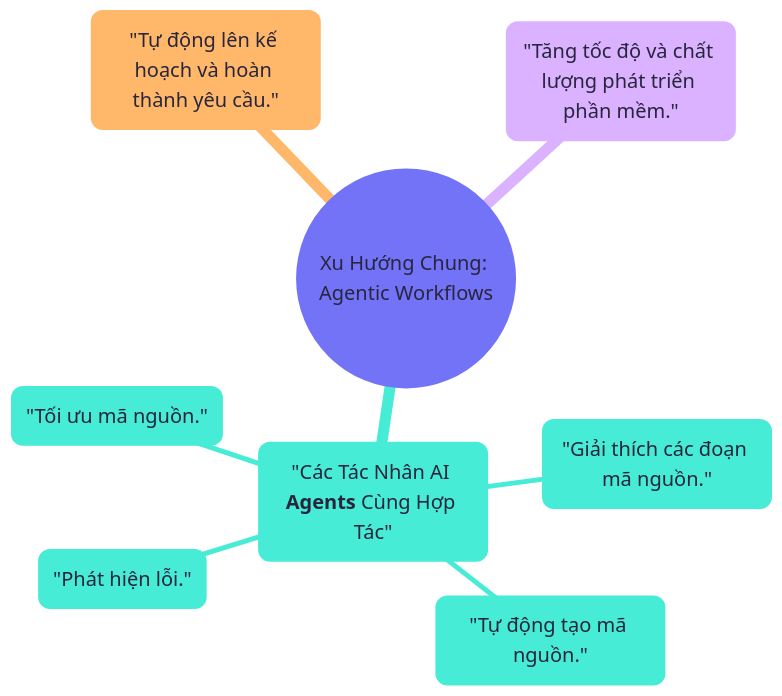
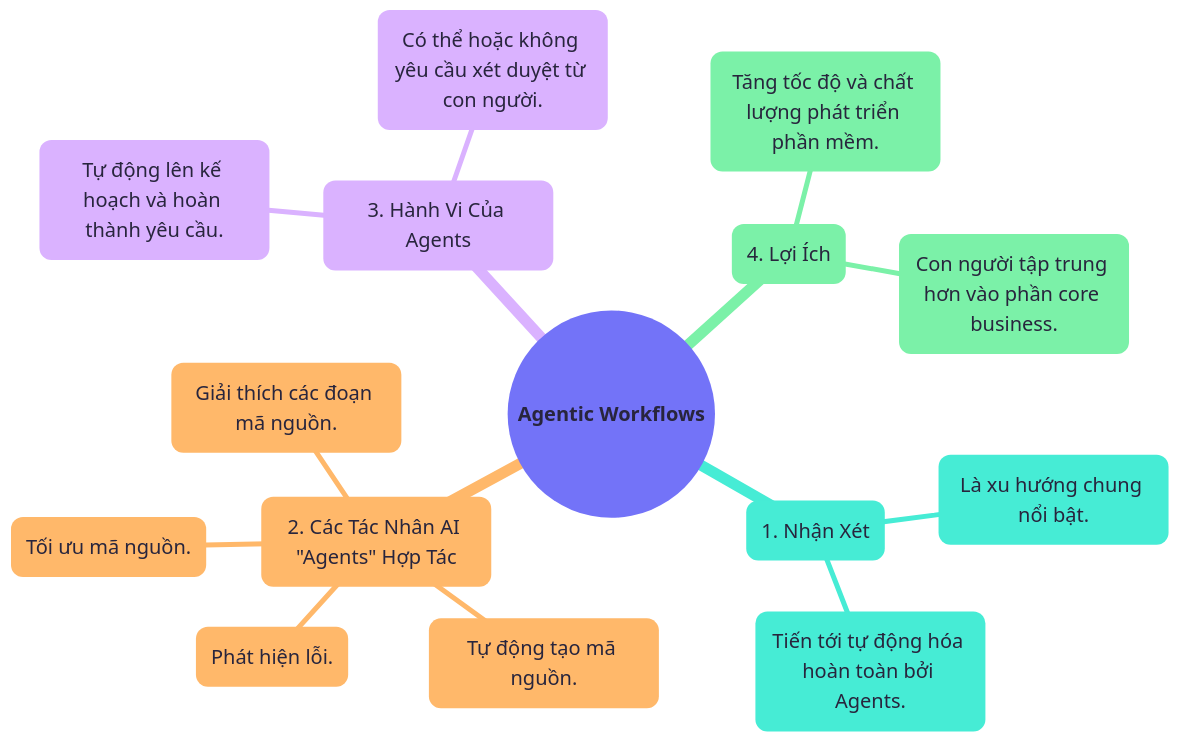
The diagram in content/diagrams/chapter03-xu-huong-chung-agentic-workflows.mmd (sam-uit/typst-report-template), drawn with Mermaid before and after one commit.

```diff
--- a/content/diagrams/chapter03-xu-huong-chung-agentic-workflows.mmd
+++ b/content/diagrams/chapter03-xu-huong-chung-agentic-workflows.mmd
@@ -1,16 +1,23 @@
 ---
 config:
   theme: redux-color
   themeVariables:
     fontFamily: Google Sans
     fontSize: 20px
 ---
 mindmap
-  root(("Xu Hướng Chung: Agentic Workflows"))
-    "Các Tác Nhân AI **Agents** Cùng Hợp Tác"
-        "Giải thích các đoạn mã nguồn."
-        "Tự động tạo mã nguồn."
-        "Phát hiện lỗi."
-        "Tối ưu mã nguồn."
-    "Tự động lên kế hoạch và hoàn thành yêu cầu."
-    "Tăng tốc độ và chất lượng phát triển phần mềm."
+  root((**Agentic Workflows**))
+    (1. Nhận Xét)
+      Là xu hướng chung nổi bật.
+      Tiến tới tự động hóa hoàn toàn bởi Agents.
+    (2. Các Tác Nhân AI "Agents" Hợp Tác)
+      Giải thích các đoạn mã nguồn.
+      Tự động tạo mã nguồn.
+      Phát hiện lỗi.
+      Tối ưu mã nguồn.
+    (3. Hành Vi Của Agents)
+      Tự động lên kế hoạch và hoàn thành yêu cầu.
+      Có thể hoặc không yêu cầu xét duyệt từ con người.
+    (4. Lợi Ích)
+      Tăng tốc độ và chất lượng phát triển phần mềm.
+      Con người tập trung hơn vào phần core business.
```
